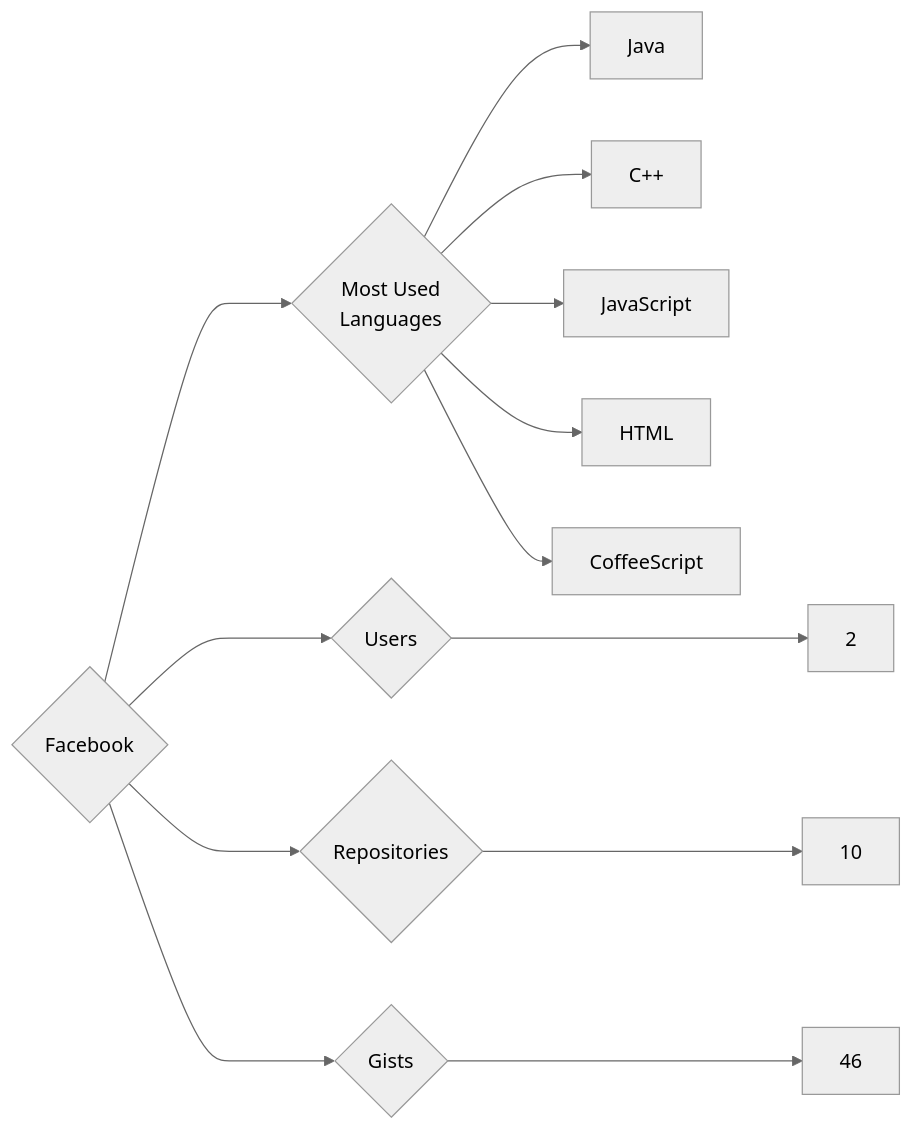
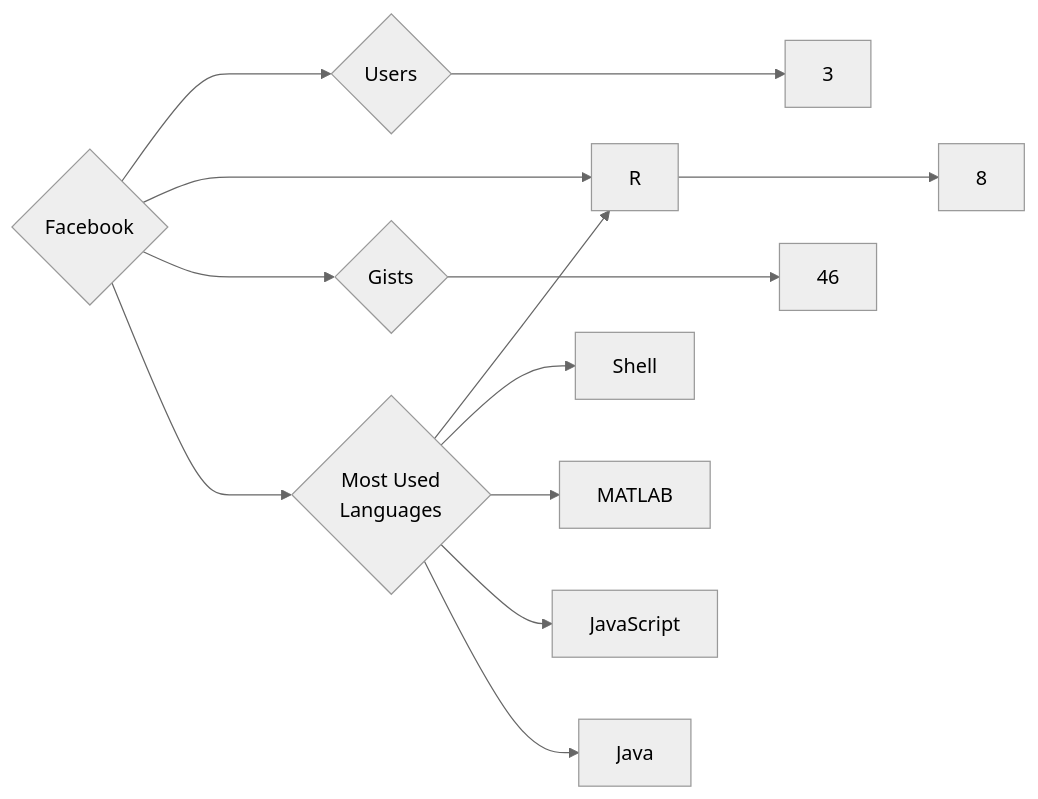
One commit to trickest/insiders changed the diagram in targets/Facebook/README.md. Above: the diagram before and after it, drawn with Mermaid (neutral theme). The commit also changed 873 other files, not shown here.

````diff
--- a/targets/Facebook/README.md
+++ b/targets/Facebook/README.md
@@ -3,13 +3,13 @@
 ```mermaid
 graph LR
 COMPANY_NAME{Facebook}
-COMPANY_NAME ---> U{Users} ---> UN[2]
-COMPANY_NAME ---> R{Repositories} ---> RN[10]
+COMPANY_NAME ---> U{Users} ---> UN[3]
+COMPANY_NAME ---> R{Repositories} ---> RN[8]
 COMPANY_NAME ---> G{Gists} ---> GN[46]
 COMPANY_NAME ---> ML{Most Used<br>Languages}
+ML --> R[R]
+ML --> Shell[Shell]
+ML --> MATLAB[MATLAB]
+ML --> JavaScript[JavaScript]
 ML --> Java[Java]
-ML --> C++[C++]
-ML --> JavaScript[JavaScript]
-ML --> HTML[HTML]
-ML --> CoffeeScript[CoffeeScript]
 ```
````
